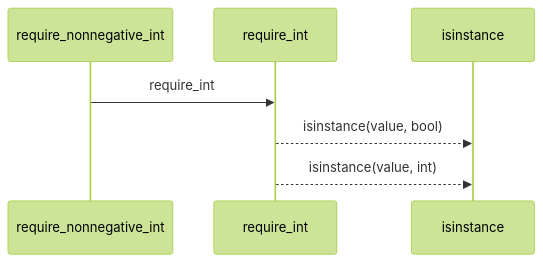
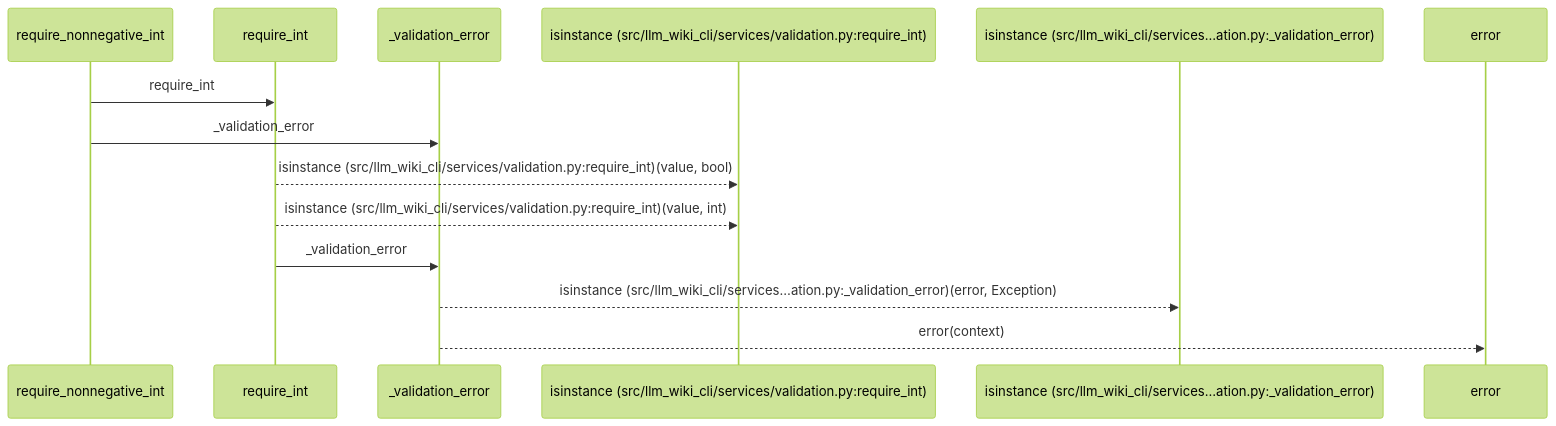
The first of 2 diagrams in docs/llm_wiki/flows/api-require_nonnegative_int.md (Denissvgn/python-wiki-llm), drawn with Mermaid (forest theme) before and after one commit. The commit also changed other lines of this file and 627 other files, not shown here.

````diff
--- a/docs/llm_wiki/flows/api-require_nonnegative_int.md
+++ b/docs/llm_wiki/flows/api-require_nonnegative_int.md
@@ -12,9 +12,16 @@
 ```mermaid
 sequenceDiagram
     participant p0 as require_nonnegative_int
     participant p1 as require_int
-    participant p2 as isinstance
+    participant p2 as _validation_error
+    participant p3 as isinstance (src/llm_wiki_cli/services/validation.py:require_int)
+    participant p4 as isinstance (src/llm_wiki_cli/services…ation.py:_validation_error)
+    participant p5 as error
     p0->>p1: require_int
-    p1-->>p2: isinstance(value, bool)
-    p1-->>p2: isinstance(value, int)
+    p0->>p2: _validation_error
+    p1-->>p3: isinstance (src/llm_wiki_cli/services/validation.py:require_int)(value, bool)
+    p1-->>p3: isinstance (src/llm_wiki_cli/services/validation.py:require_int)(value, int)
+    p1->>p2: _validation_error
+    p2-->>p4: isinstance (src/llm_wiki_cli/services…ation.py:_validation_error)(error, Exception)
+    p2-->>p5: error(context)
 ```
````
